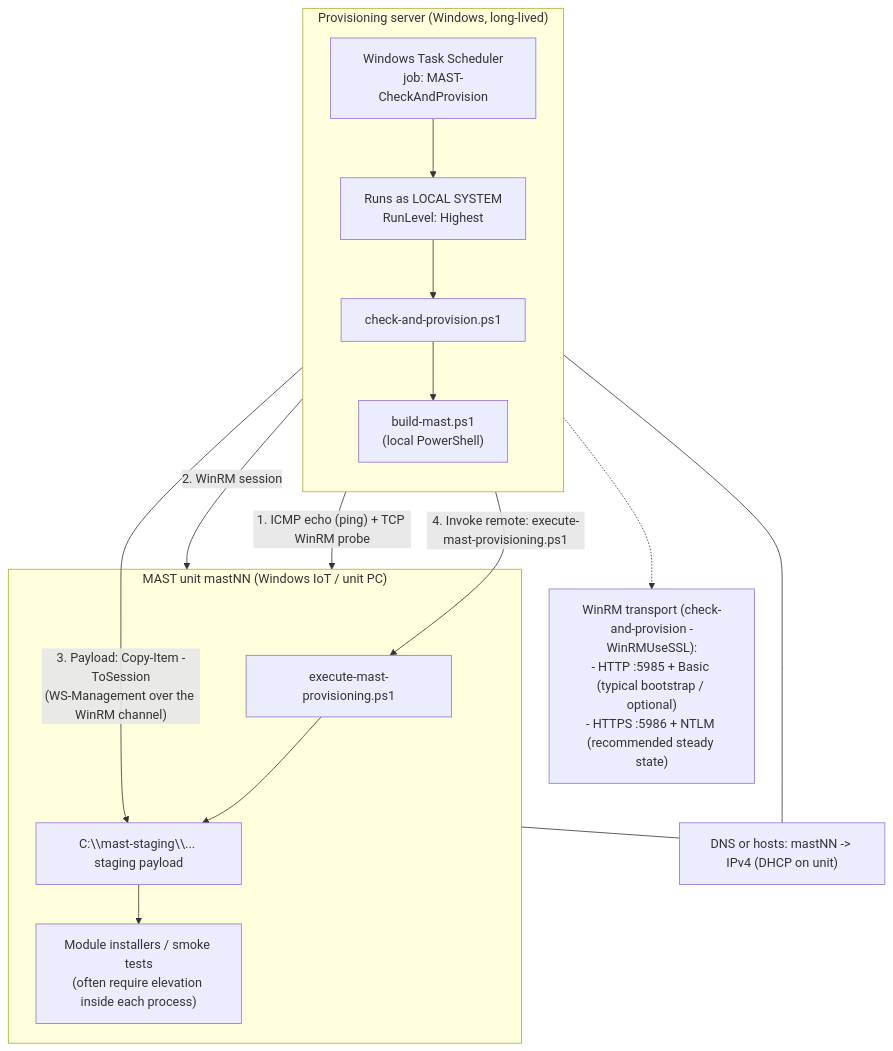
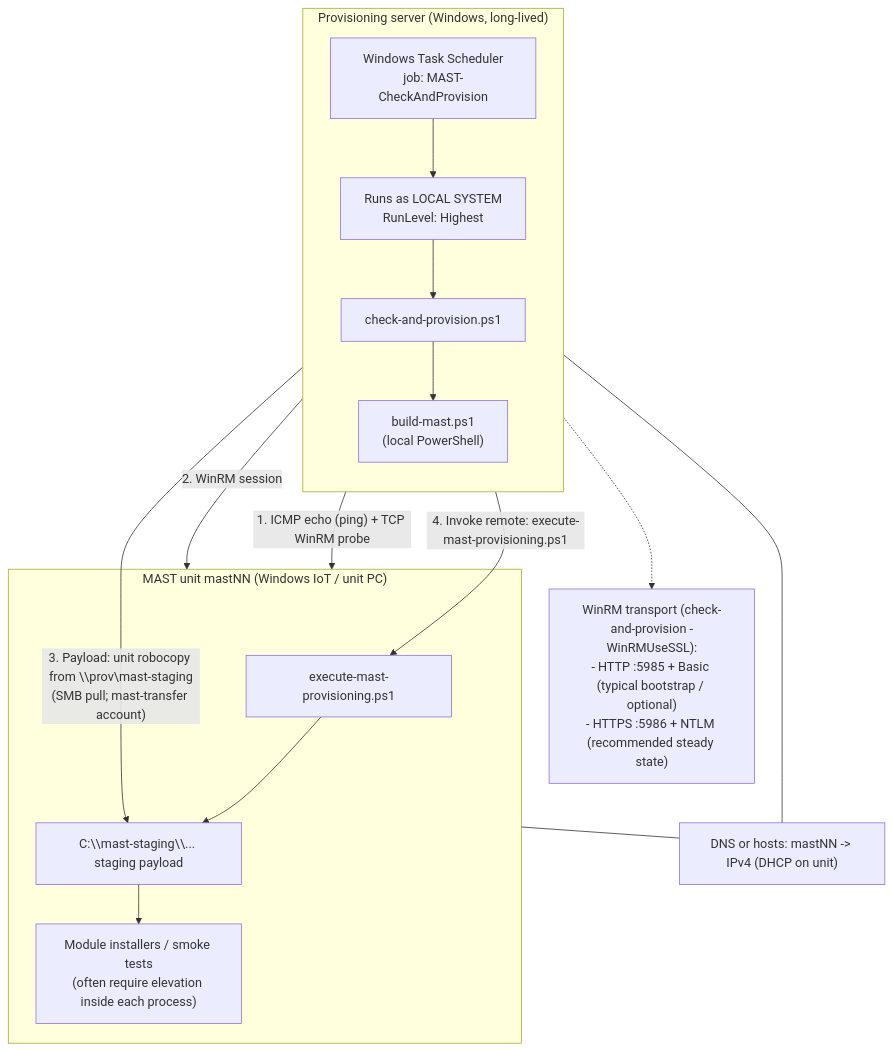
Before and after one commit to The-MAST-project/MAST_provisioning: the first of 3 diagrams in docs/provisioning-flow.md, drawn with Mermaid. The commit also changed other lines of this file and 11 other files, not shown here.

Commit message:
Update provisioning process to include writable SMB share for unit diagnostics and results. Modify `setup-smb-share.ps1` to create `mast-shared` directory with appropriate permissions.

````diff
--- a/docs/provisioning-flow.md
+++ b/docs/provisioning-flow.md
@@ -9,31 +9,31 @@
 ```mermaid
 flowchart TB
   subgraph PROV["Provisioning server (Windows, long-lived)"]
     direction TB
     TS["Windows Task Scheduler<br/>job: MAST-CheckAndProvision"]
     PRIN["Runs as LOCAL SYSTEM<br/>RunLevel: Highest"]
     CAP["check-and-provision.ps1"]
     BUILD["build-mast.ps1<br/>(local PowerShell)"]
     TS --> PRIN --> CAP
     CAP --> BUILD
   end
 
   subgraph UNIT["MAST unit mastNN (Windows IoT / unit PC)"]
     EXEC["execute-mast-provisioning.ps1"]
     STAGE["C:\\mast-staging\\... staging payload"]
     MODS["Module installers / smoke tests<br/>(often require elevation inside each process)"]
     EXEC --> STAGE --> MODS
   end
 
   CAP -->|"1. ICMP echo (ping) + TCP WinRM probe"| UNIT
   CAP -->|"2. WinRM session"| UNIT
-  CAP -->|"3. Payload: Copy-Item -ToSession<br/>(WS-Management over the WinRM channel)"| STAGE
+  CAP -->|"3. Payload: unit robocopy from \\prov\mast-staging<br/>(SMB pull; mast-transfer account)"| STAGE
   CAP -->|"4. Invoke remote: execute-mast-provisioning.ps1"| EXEC
 
   NOTE["WinRM transport (check-and-provision -WinRMUseSSL):<br/>- HTTP :5985 + Basic (typical bootstrap / optional)<br/>- HTTPS :5986 + NTLM (recommended steady state)"]
   CAP -.-> NOTE
 
   DNS["DNS or hosts: mastNN -> IPv4 (DHCP on unit)"]
   PROV --- DNS
   UNIT --- DNS
 ```
````
